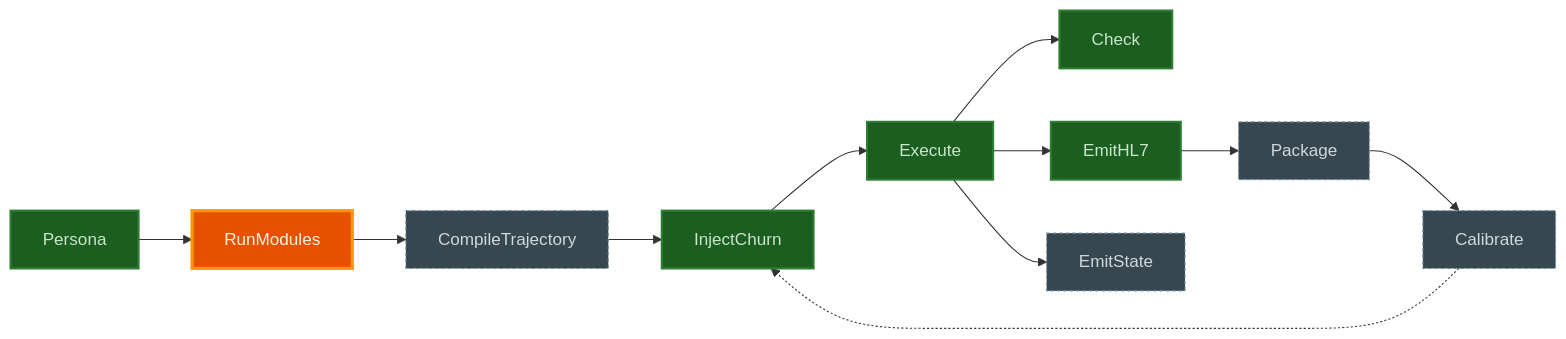
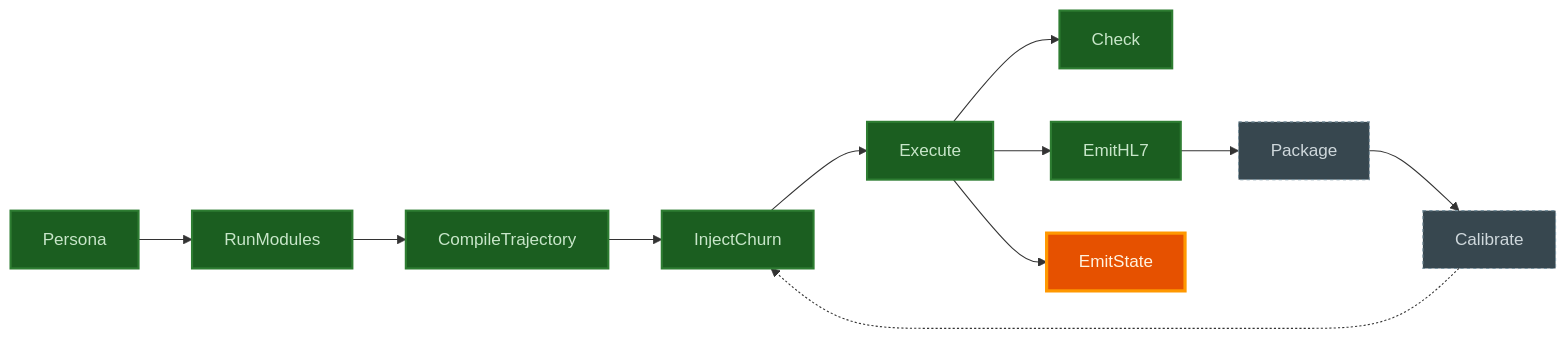
Before and after one commit to pragsmike/ehr-testing-tools: the diagram in README.md, drawn with Mermaid. The commit also changed other lines of this file and 26 other files, not shown here.

````diff
--- a/README.md
+++ b/README.md
@@ -41,25 +49,25 @@
 ```mermaid
 flowchart LR
     Persona["Persona"]:::built
-    RunModules["RunModules"]:::next
-    CompileTrajectory["CompileTrajectory"]:::planned
+    RunModules["RunModules"]:::built
+    CompileTrajectory["CompileTrajectory"]:::built
     InjectChurn["InjectChurn"]:::built
     Execute["Execute"]:::built
     Check["Check"]:::built
     EmitHL7["EmitHL7"]:::built
-    EmitState["EmitState"]:::planned
+    EmitState["EmitState"]:::next
     Package["Package"]:::planned
     Calibrate["Calibrate"]:::planned
 
     Persona --> RunModules --> CompileTrajectory --> InjectChurn --> Execute
     Execute --> Check
     Execute --> EmitHL7
     Execute --> EmitState
     EmitHL7 --> Package
     Package --> Calibrate
     Calibrate -.-> InjectChurn
 
     classDef built fill:#1b5e20,stroke:#2e7d32,color:#c8e6c9,stroke-width:2px;
     classDef next fill:#e65100,stroke:#ff9800,color:#fff3e0,stroke-width:3px;
     classDef planned fill:#37474f,stroke:#78909c,color:#cfd8dc,stroke-width:1px,stroke-dasharray: 3 3;
 ```
````
